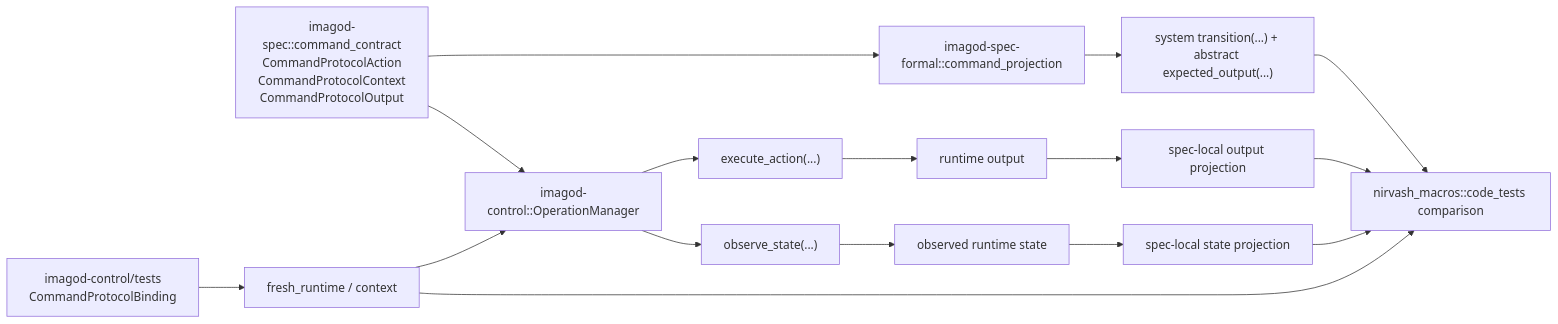
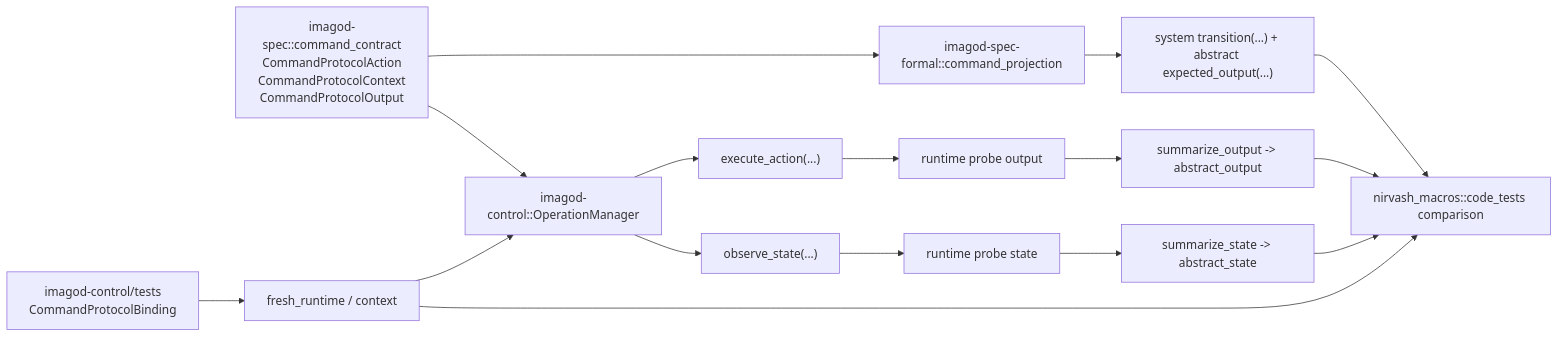
One commit to yieldspace/imago changed the fifth of 5 diagrams in docs/nirvash-and-imagod-control.md. Above: the diagram before and after it, drawn with Mermaid. The commit also changed other lines of this file and 26 other files, not shown here.

Commit message:
nirvash_runtime_contract の runtime-mode を probe-first で完結

````diff
--- a/docs/nirvash-and-imagod-control.md
+++ b/docs/nirvash-and-imagod-control.md
@@ -158,18 +158,18 @@
 ```mermaid
 flowchart LR
     A["imagod-spec::command_contract<br/>CommandProtocolAction<br/>CommandProtocolContext<br/>CommandProtocolOutput"] --> B["imagod-spec-formal::command_projection"]
     A --> C["imagod-control::OperationManager"]
     B --> D["system transition(...) + abstract expected_output(...)"]
     F["imagod-control/tests<br/>CommandProtocolBinding"] --> G["fresh_runtime / context"]
     G --> C
     C --> E["execute_action(...)"]
     C --> H["observe_state(...)"]
-    E --> I["runtime output"]
-    H --> J["observed runtime state"]
-    I --> K["spec-local output projection"]
-    J --> L["spec-local state projection"]
+    E --> I["runtime probe output"]
+    H --> J["runtime probe state"]
+    I --> K["summarize_output -> abstract_output"]
+    J --> L["summarize_state -> abstract_state"]
     D --> M["nirvash_macros::code_tests comparison"]
     G --> M
     K --> M
     L --> M
 ```
````
